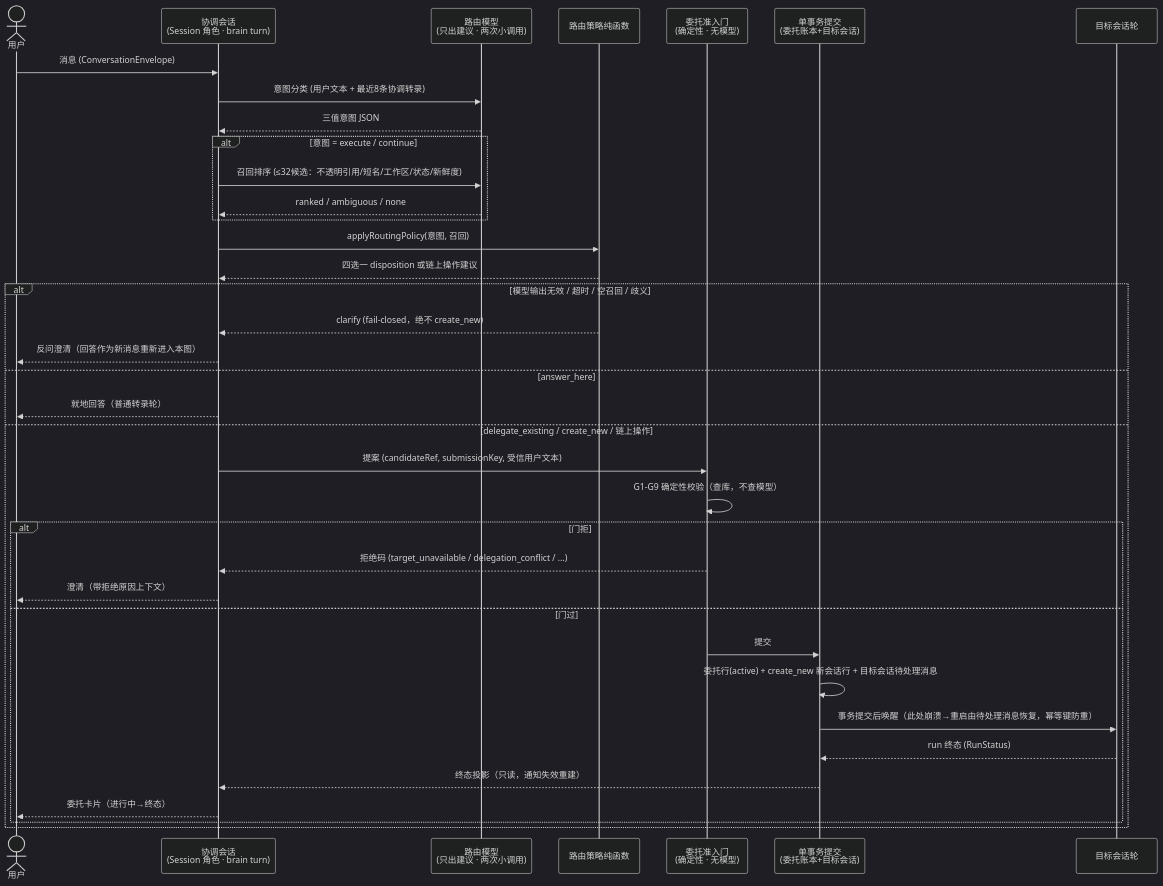
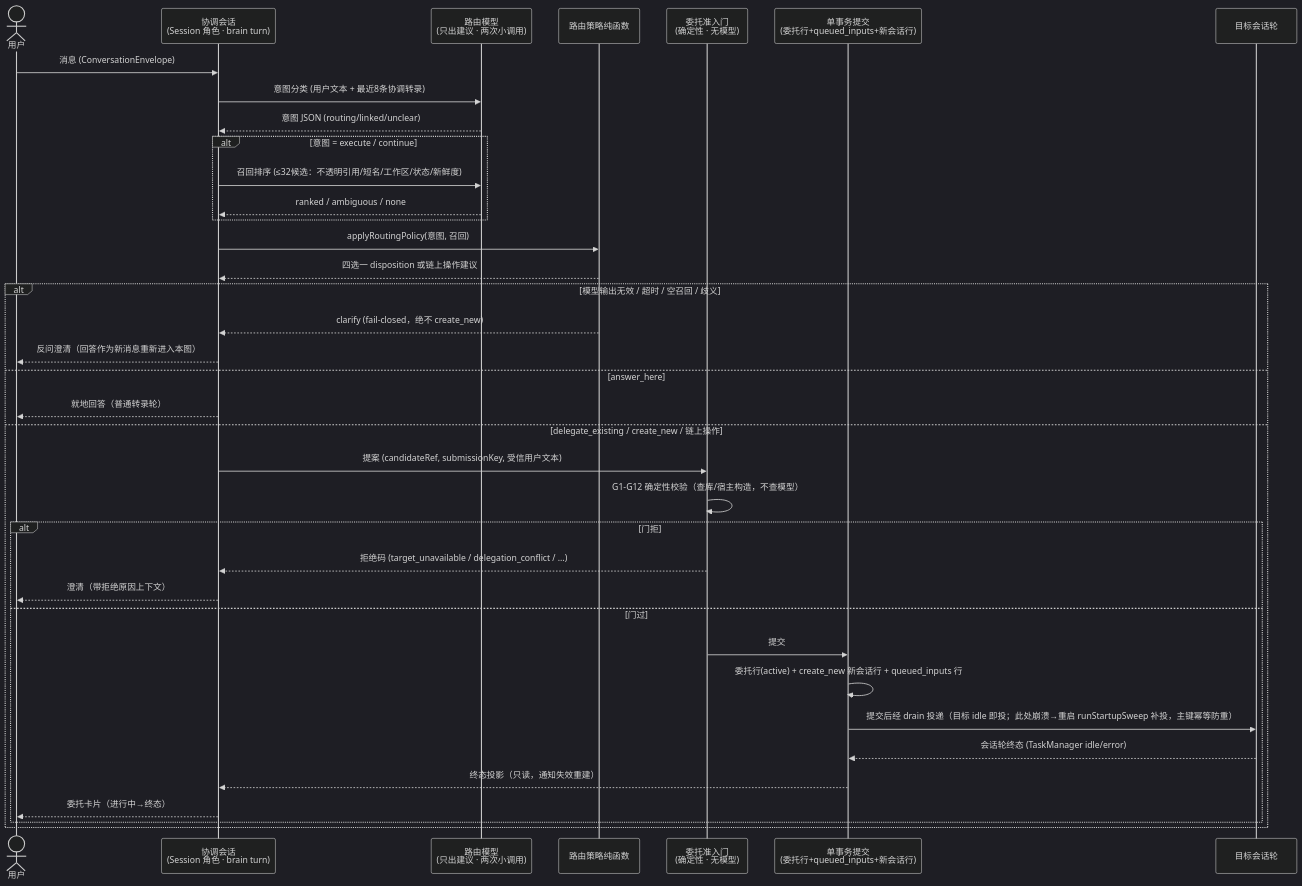
One commit to baochipham942-eng/code-agent changed the second of 3 diagrams in docs/architecture/decisions/ADR-072-cross-session-coordination.md. Above: the diagram before and after it, drawn with Mermaid (dark theme). The commit also changed other lines of this file, not shown here.

````diff
--- a/docs/architecture/decisions/ADR-072-cross-session-coordination.md
+++ b/docs/architecture/decisions/ADR-072-cross-session-coordination.md
@@ -79,40 +79,40 @@
 ```mermaid
 sequenceDiagram
     actor U as 用户
     participant C as 协调会话<br>(Session 角色 · brain turn)
     participant R as 路由模型<br>(只出建议 · 两次小调用)
     participant P as 路由策略纯函数
     participant G as 委托准入门<br>(确定性 · 无模型)
-    participant D as 单事务提交<br>(委托账本+目标会话)
+    participant D as 单事务提交<br>(委托行+queued_inputs+新会话行)
     participant T as 目标会话轮
 
     U->>C: 消息 (ConversationEnvelope)
     C->>R: 意图分类 (用户文本 + 最近8条协调转录)
-    R-->>C: 三值意图 JSON
+    R-->>C: 意图 JSON (routing/linked/unclear)
     alt 意图 = execute / continue
         C->>R: 召回排序 (≤32候选：不透明引用/短名/工作区/状态/新鲜度)
         R-->>C: ranked / ambiguous / none
     end
     C->>P: applyRoutingPolicy(意图, 召回)
     P-->>C: 四选一 disposition 或链上操作建议
     alt 模型输出无效 / 超时 / 空召回 / 歧义
         P-->>C: clarify (fail-closed，绝不 create_new)
         C-->>U: 反问澄清（回答作为新消息重新进入本图）
     else answer_here
         C-->>U: 就地回答（普通转录轮）
     else delegate_existing / create_new / 链上操作
         C->>G: 提案 (candidateRef, submissionKey, 受信用户文本)
-        G->>G: G1-G9 确定性校验（查库，不查模型）
+        G->>G: G1-G12 确定性校验（查库/宿主构造，不查模型）
         alt 门拒
             G-->>C: 拒绝码 (target_unavailable / delegation_conflict / …)
             C-->>U: 澄清（带拒绝原因上下文）
         else 门过
             G->>D: 提交
-            D->>D: 委托行(active) + create_new 新会话行 + 目标会话待处理消息
-            D->>T: 事务提交后唤醒（此处崩溃→重启由待处理消息恢复，幂等键防重）
-            T-->>D: run 终态 (RunStatus)
+            D->>D: 委托行(active) + create_new 新会话行 + queued_inputs 行
+            D->>T: 提交后经 drain 投递（目标 idle 即投；此处崩溃→重启 runStartupSweep 补投，主键幂等防重）
+            T-->>D: 会话轮终态 (TaskManager idle/error)
             D-->>C: 终态投影（只读，通知失效重建）
             C-->>U: 委托卡片（进行中→终态）
         end
     end
 ```
````
